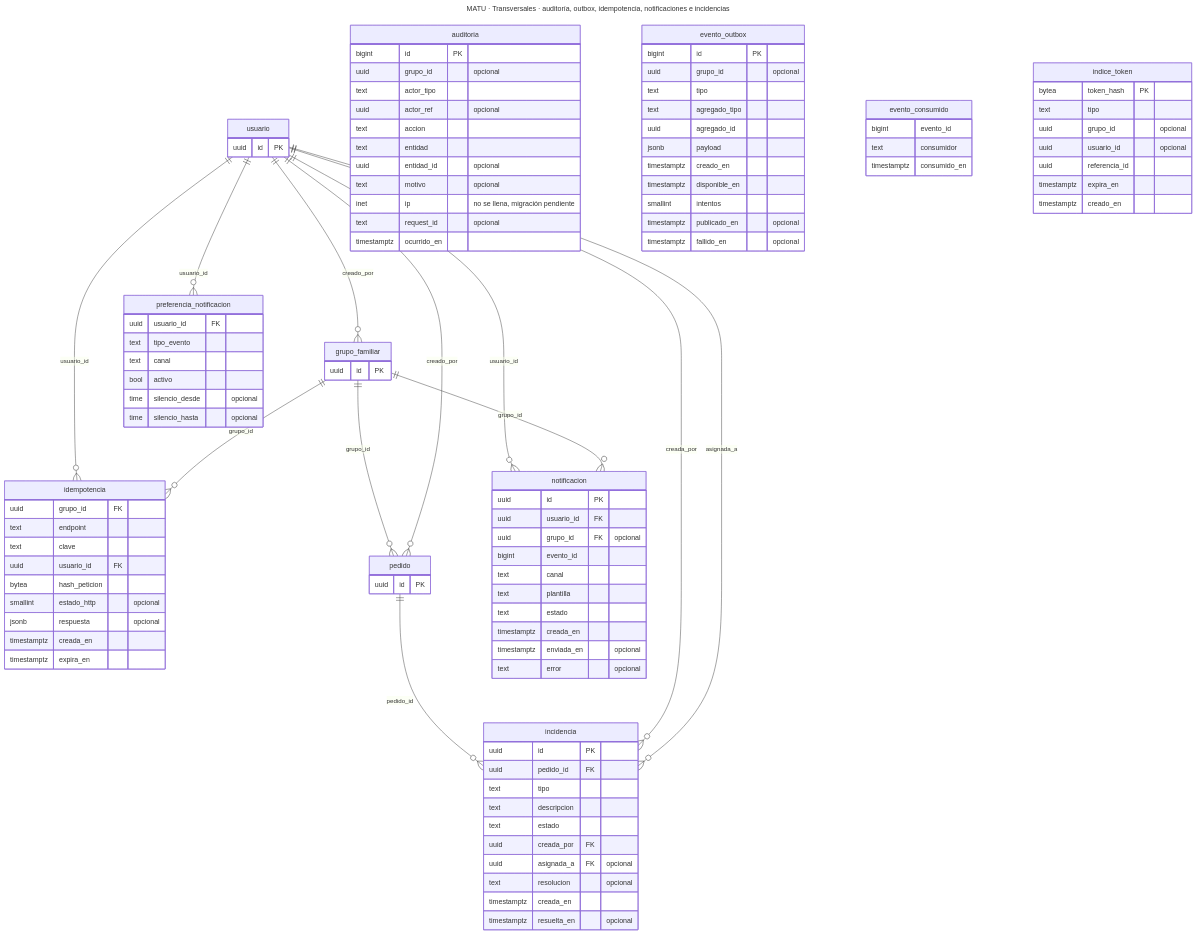
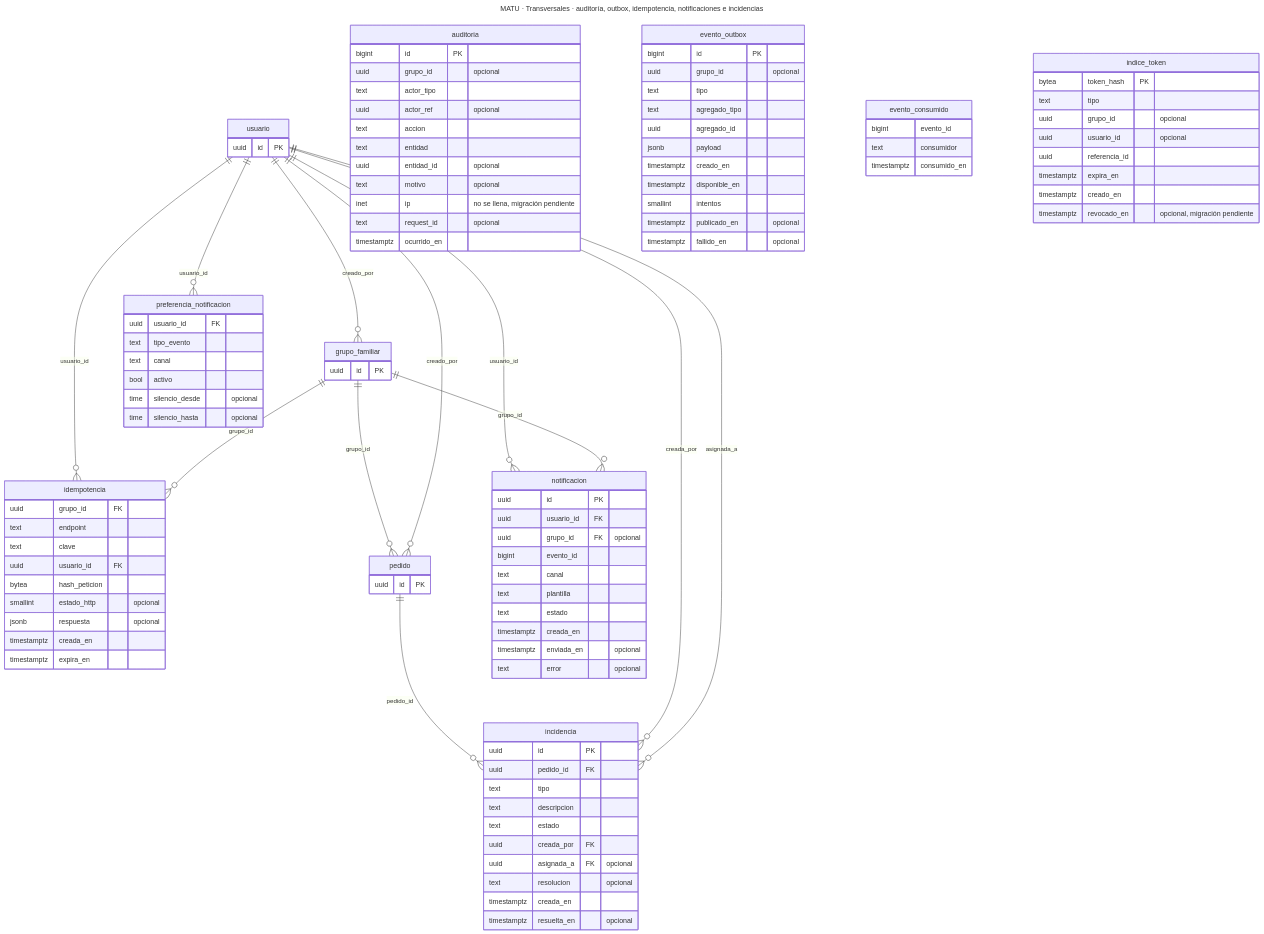
The ninth of 11 diagrams in docs/modelo-datos.md (MartinHenriquez131/MATU), drawn with Mermaid before and after one commit. The commit also changed other lines of this file and 1 other file, not shown here.

```diff
--- a/docs/modelo-datos.md
+++ b/docs/modelo-datos.md
@@ -914,6 +915,7 @@
         uuid referencia_id
         timestamptz expira_en
         timestamptz creado_en
+        timestamptz revocado_en "opcional, migración pendiente"
     }
     notificacion {
         uuid id PK
```
